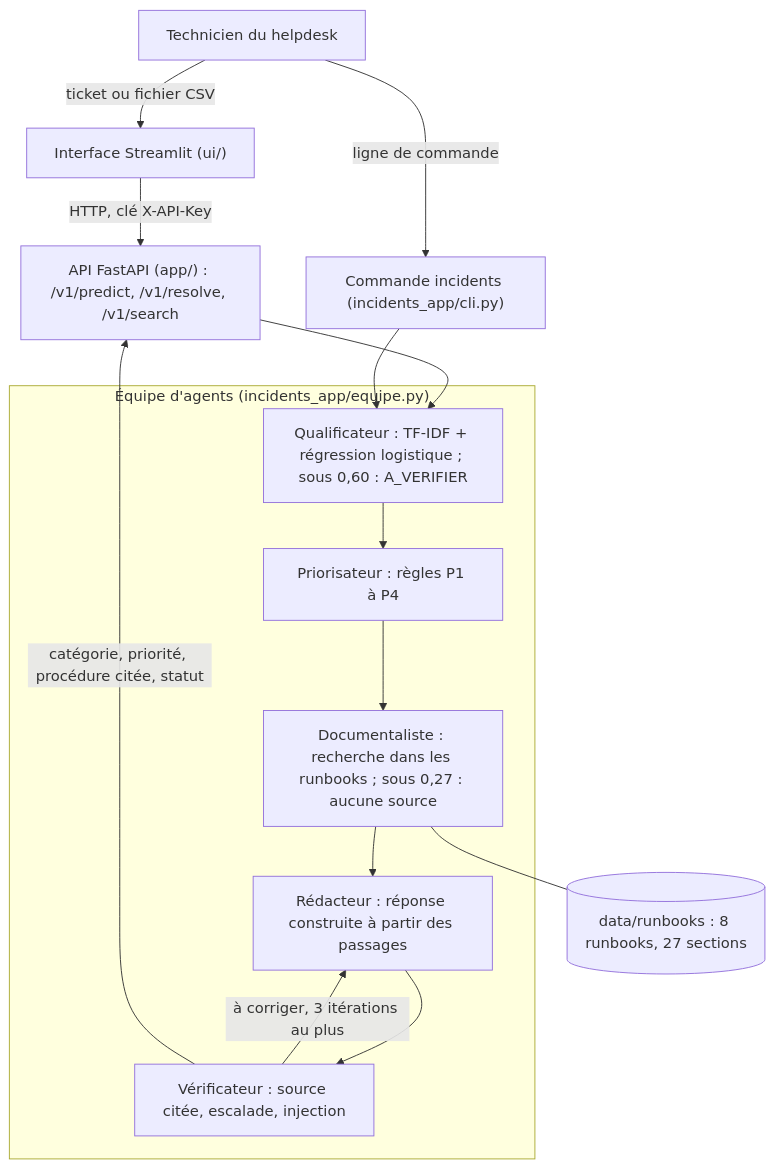
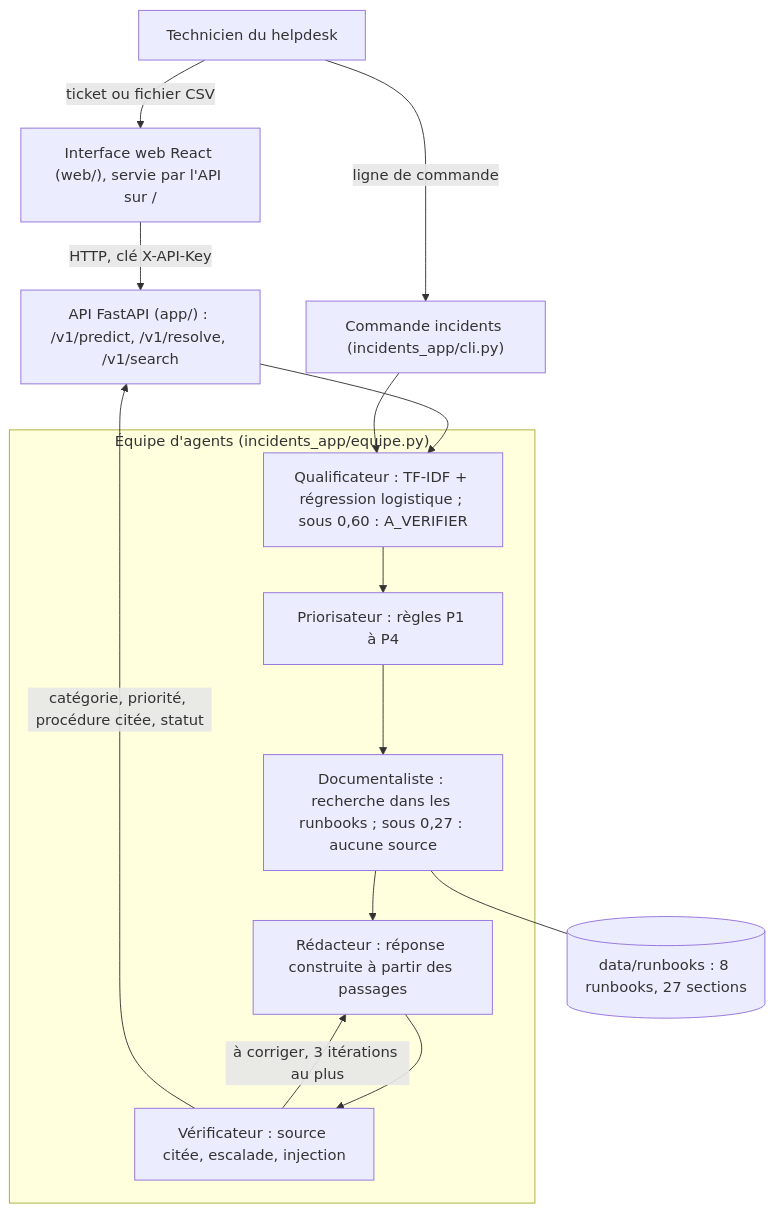
Before and after one commit to inazuma2004/Lamzouri_Ishak-Amrani_Ismail_Projet20: the diagram in docs/architecture.md, drawn with Mermaid. The commit also changed other lines of this file and 17 other files, not shown here.

````diff
--- a/docs/architecture.md
+++ b/docs/architecture.md
@@ -3,19 +3,19 @@
 ```mermaid
 flowchart TD
-    U["Technicien du helpdesk"] -->|ticket ou fichier CSV| UI["Interface Streamlit (ui/)"]
+    U["Technicien du helpdesk"] -->|ticket ou fichier CSV| UI["Interface web React (web/), servie par l'API sur /"]
     U -->|ligne de commande| CLI["Commande incidents (incidents_app/cli.py)"]
     UI -->|HTTP, clé X-API-Key| API["API FastAPI (app/) : /v1/predict, /v1/resolve, /v1/search"]
     API --> Q
     CLI --> Q
     subgraph Equipe ["Équipe d'agents (incidents_app/equipe.py)"]
         Q["Qualificateur : TF-IDF + régression logistique ; sous 0,60 : A_VERIFIER"]
         P["Priorisateur : règles P1 à P4"]
         D["Documentaliste : recherche dans les runbooks ; sous 0,27 : aucune source"]
         R["Rédacteur : réponse construite à partir des passages"]
         V["Vérificateur : source citée, escalade, injection"]
         Q --> P --> D --> R --> V
         V -->|à corriger, 3 itérations au plus| R
     end
     D --- RB[("data/runbooks : 8 runbooks, 27 sections")]
     V -->|catégorie, priorité, procédure citée, statut| API
 ```
````
